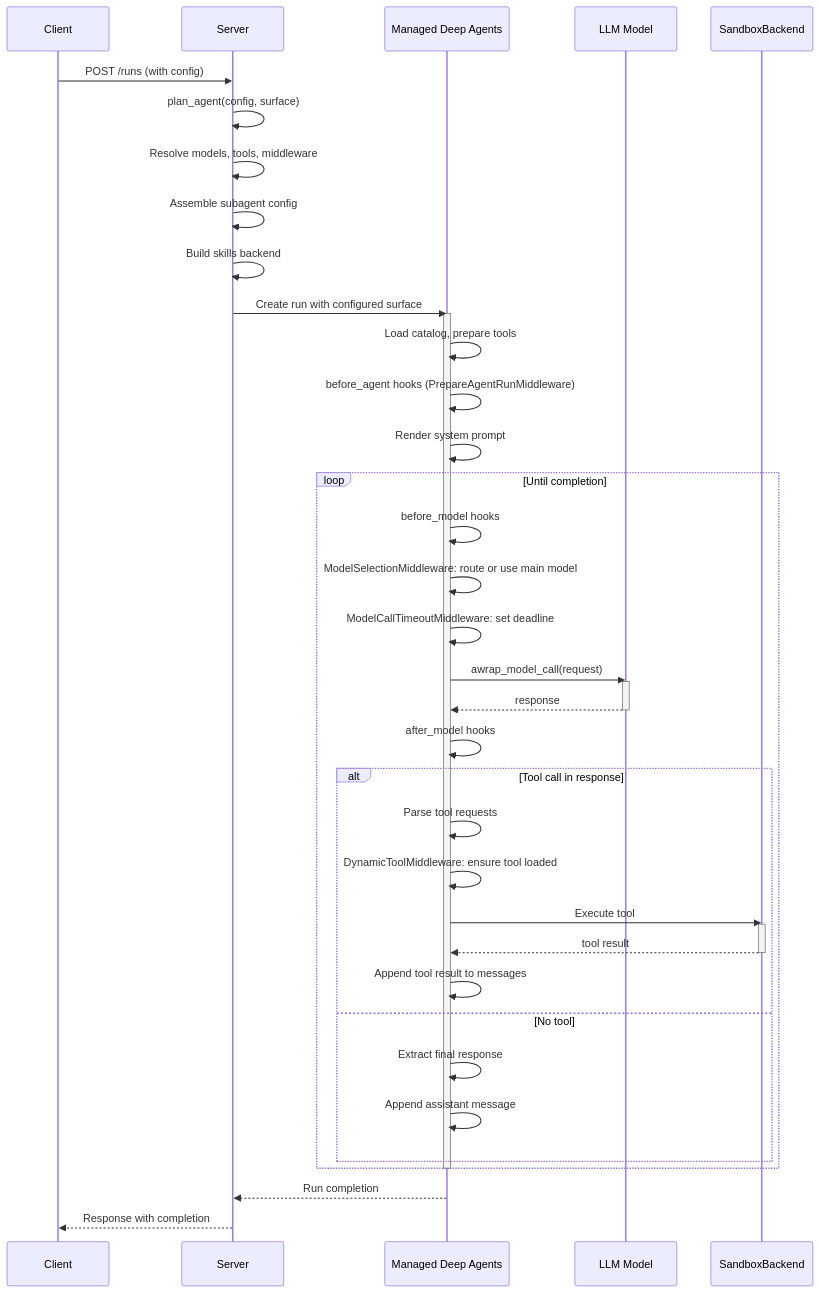
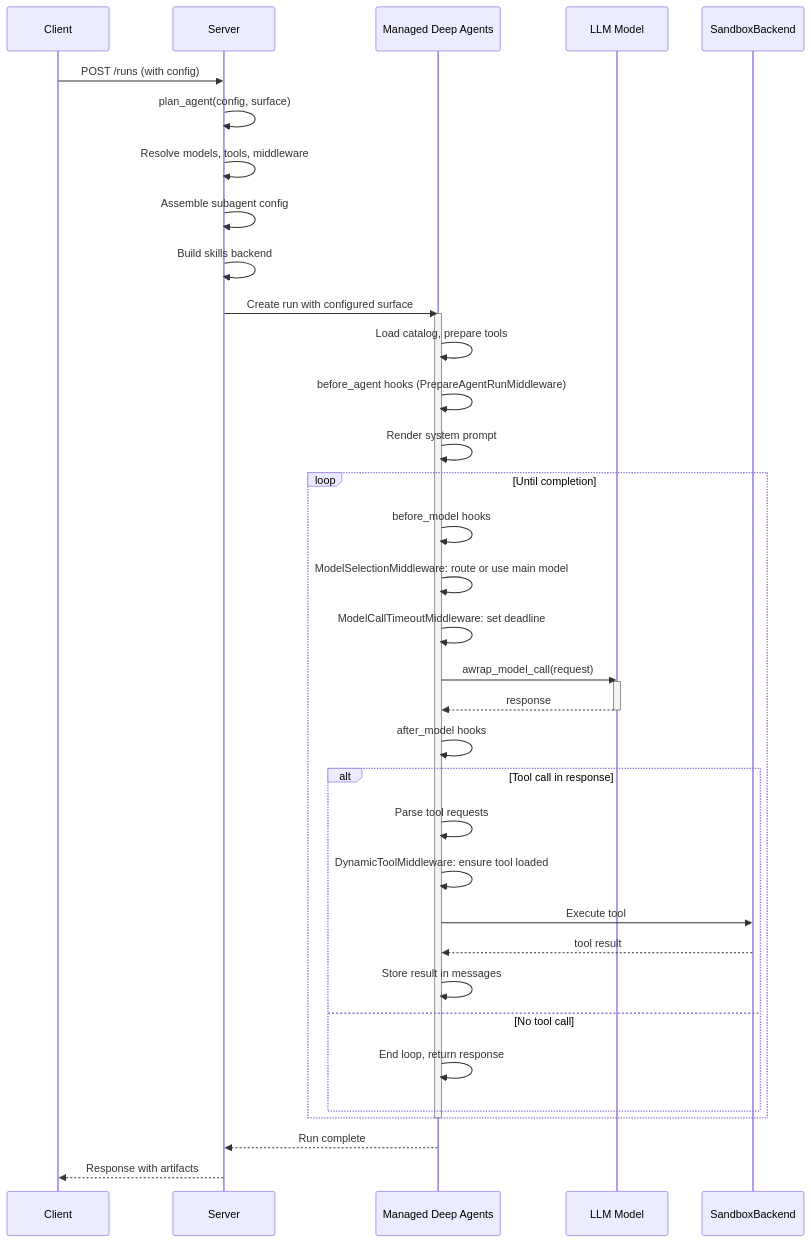
One commit to aeteq/open-swe changed the diagram in openwiki/architecture/agent-graph.md. Above: the diagram before and after it, drawn with Mermaid. The commit also changed other lines of this file and 46 other files, not shown here.

````diff
--- a/openwiki/architecture/agent-graph.md
+++ b/openwiki/architecture/agent-graph.md
@@ -163,54 +165,49 @@
 ```mermaid
 sequenceDiagram
     participant Client
     participant Server
     participant MDA as Managed Deep Agents
     participant Model as LLM Model
     participant Sandbox as SandboxBackend
 
     Client->>Server: POST /runs (with config)
     Server->>Server: plan_agent(config, surface)
     
     Server->>Server: Resolve models, tools, middleware
     Server->>Server: Assemble subagent config
     Server->>Server: Build skills backend
     
     Server->>MDA: Create run with configured surface
     activate MDA
     
     MDA->>MDA: Load catalog, prepare tools
     MDA->>MDA: before_agent hooks (PrepareAgentRunMiddleware)
     MDA->>MDA: Render system prompt
     
     loop Until completion
         MDA->>MDA: before_model hooks
         MDA->>MDA: ModelSelectionMiddleware: route or use main model
         MDA->>MDA: ModelCallTimeoutMiddleware: set deadline
         
         MDA->>Model: awrap_model_call(request)
         activate Model
         Model-->>MDA: response
         deactivate Model
         
         MDA->>MDA: after_model hooks
         
         alt Tool call in response
             MDA->>MDA: Parse tool requests
             MDA->>MDA: DynamicToolMiddleware: ensure tool loaded
-            
             MDA->>Sandbox: Execute tool
-            activate Sandbox
             Sandbox-->>MDA: tool result
-            deactivate Sandbox
-            
-            MDA->>MDA: Append tool result to messages
-        else No tool
-            MDA->>MDA: Extract final response
-            MDA->>MDA: Append assistant message
+            MDA->>MDA: Store result in messages
+        else No tool call
+            MDA->>MDA: End loop, return response
         end
     end
     
     deactivate MDA
-    MDA-->>Server: Run completion
-    Server-->>Client: Response with completion
+    MDA-->>Server: Run complete
+    Server-->>Client: Response with artifacts
 ```
````
